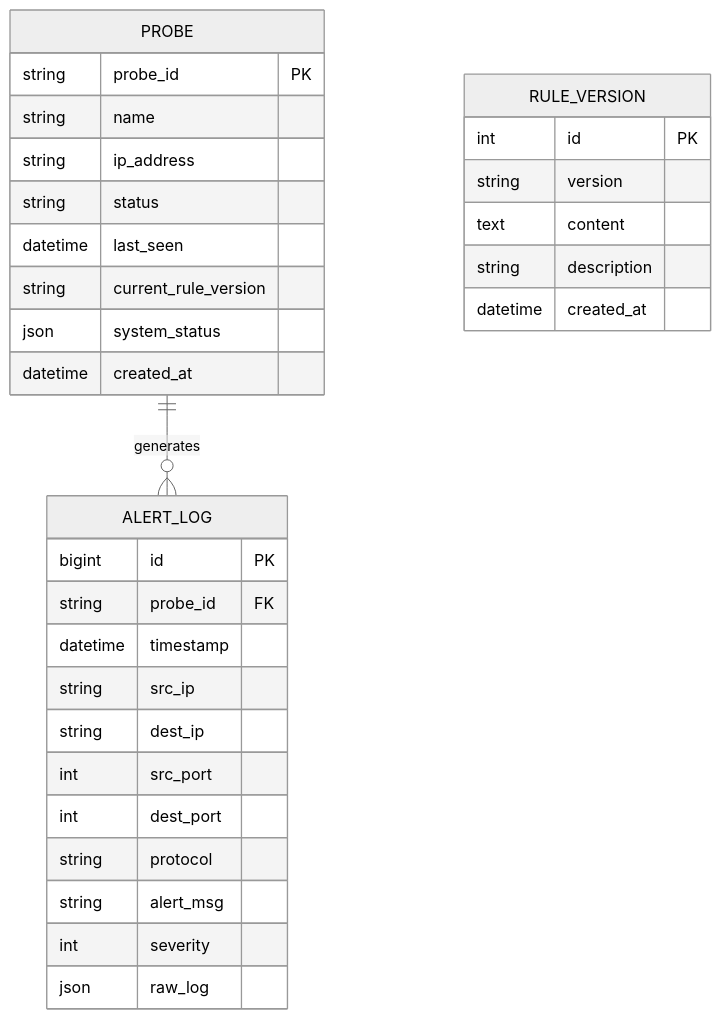
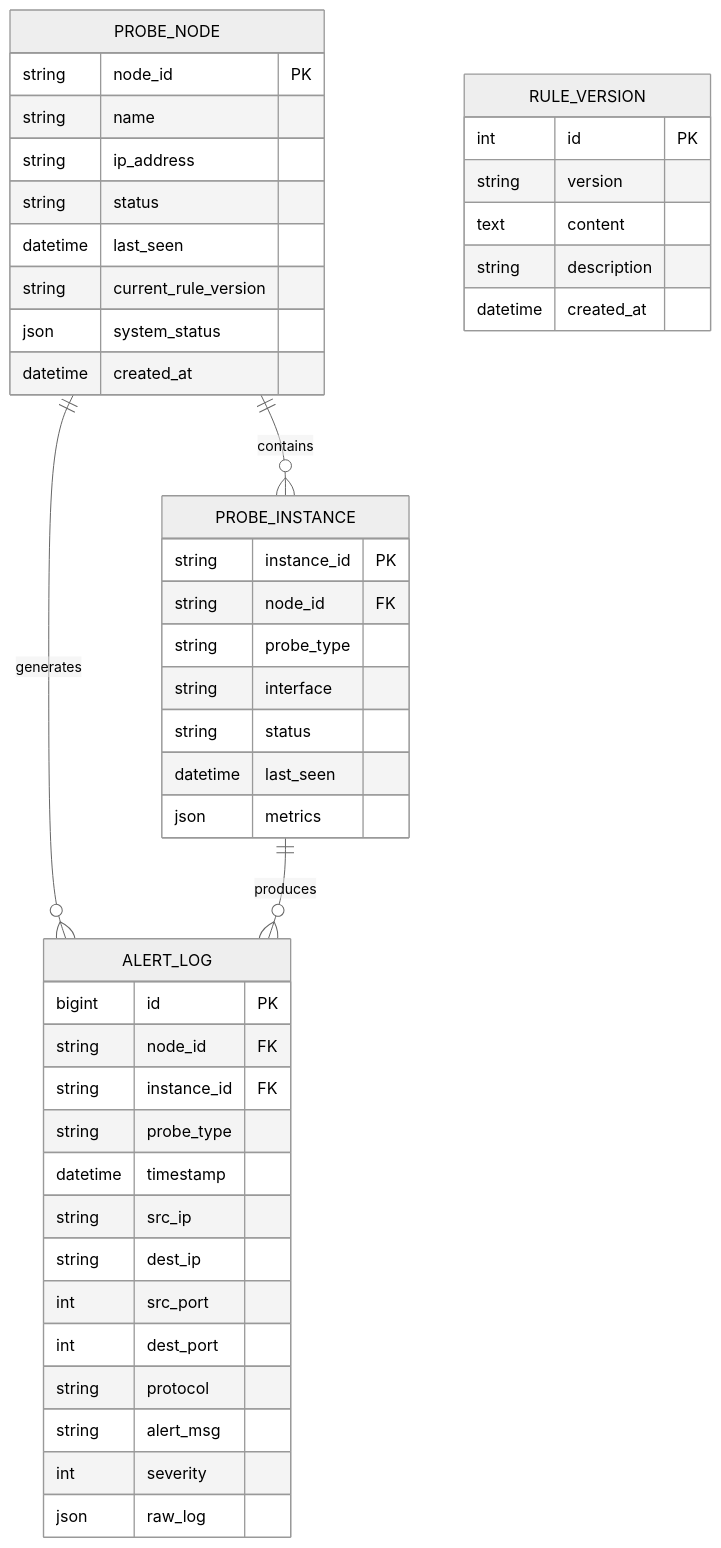
Before and after one commit to chenlehua/ai-idps: diagram 12 of 13 in specs/0001-spec.md, drawn with Mermaid (neutral theme). The commit also changed other lines of this file, not shown here.

Commit message:
feat: optimize architecture

````diff
--- a/specs/0001-spec.md
+++ b/specs/0001-spec.md
@@ -331,37 +667,51 @@
 ```mermaid
 erDiagram
-    PROBE {
-        string probe_id PK
+    PROBE_NODE {
+        string node_id PK
         string name
         string ip_address
         string status
         datetime last_seen
         string current_rule_version
         json system_status
         datetime created_at
+    }
+
+    PROBE_INSTANCE {
+        string instance_id PK
+        string node_id FK
+        string probe_type
+        string interface
+        string status
+        datetime last_seen
+        json metrics
     }
 
     RULE_VERSION {
         int id PK
         string version
         text content
         string description
         datetime created_at
     }
 
     ALERT_LOG {
         bigint id PK
-        string probe_id FK
+        string node_id FK
+        string instance_id FK
+        string probe_type
         datetime timestamp
         string src_ip
         string dest_ip
         int src_port
         int dest_port
         string protocol
         string alert_msg
         int severity
         json raw_log
     }
 
-    PROBE ||--o{ ALERT_LOG : generates
+    PROBE_NODE ||--o{ PROBE_INSTANCE : contains
+    PROBE_NODE ||--o{ ALERT_LOG : generates
+    PROBE_INSTANCE ||--o{ ALERT_LOG : produces
 ```
````
